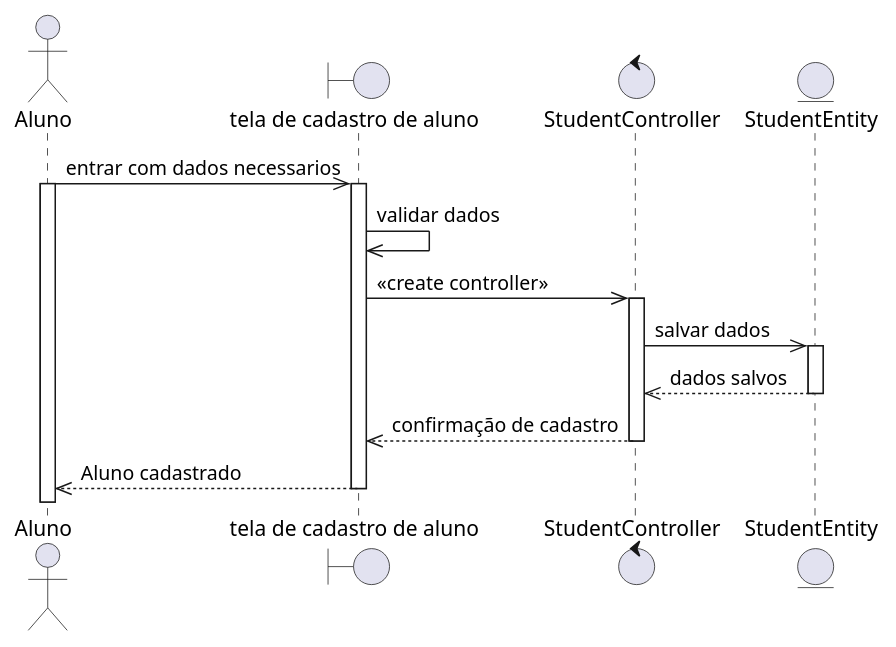
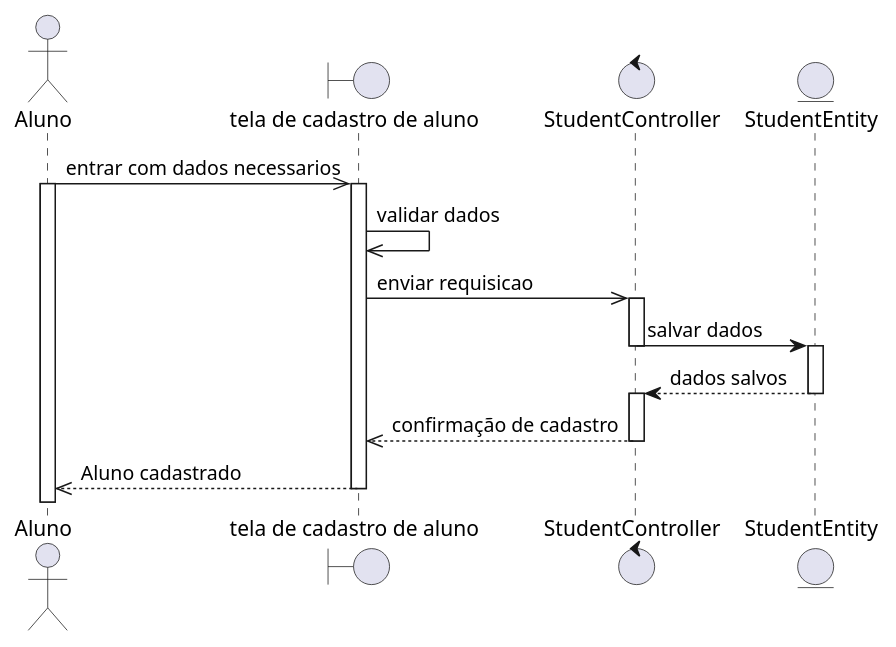
The diagram in sequence/student/student.add.seq.wsd (rodrigoRolim/CAdiagrams), drawn with PlantUML before and after one commit. The commit also changed 7 other files, not shown here.

```diff
--- a/sequence/student/student.add.seq.wsd
+++ b/sequence/student/student.add.seq.wsd
@@ -1,20 +1,22 @@
 @startuml
 Actor Aluno
 boundary "tela de cadastro de aluno" as cadastro
 control StudentController
 entity StudentEntity
 Aluno ->> cadastro: entrar com dados necessarios
 activate Aluno
 activate cadastro
 cadastro ->> cadastro: validar dados
-cadastro ->> StudentController: <<create controller>>
+cadastro ->> StudentController: enviar requisicao
 activate StudentController
-StudentController ->> StudentEntity: salvar dados
+StudentController -> StudentEntity: salvar dados
+deactivate StudentController
 activate StudentEntity
-StudentEntity -->> StudentController: dados salvos
+StudentEntity --> StudentController: dados salvos
 deactivate StudentEntity
+activate StudentController
 StudentController -->> cadastro: confirmação de cadastro
 deactivate StudentController
 cadastro -->> Aluno: Aluno cadastrado
 deactivate cadastro
 @enduml
```
